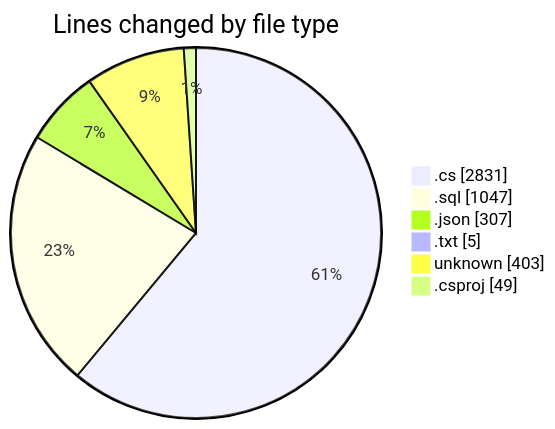
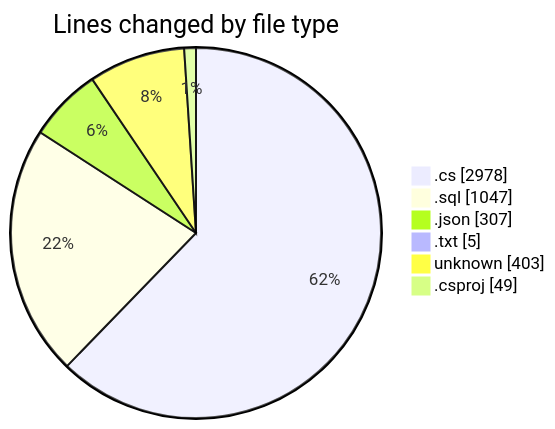
The first of 2 diagrams in 2025-04-04/back-end/README.md (Netris89/code-tracking), drawn with Mermaid before and after one commit. The commit also changed other lines of this file and 1 other file, not shown here.

````diff
--- a/2025-04-04/back-end/README.md
+++ b/2025-04-04/back-end/README.md
@@ -40,10 +40,10 @@
 ```mermaid
 pie showData
 title Lines changed by file type
-".cs" : 2831
+".cs" : 2978
 ".sql" : 1047
 ".json" : 307
 ".txt" : 5
 "unknown" : 403
 ".csproj" : 49
 ```
````
